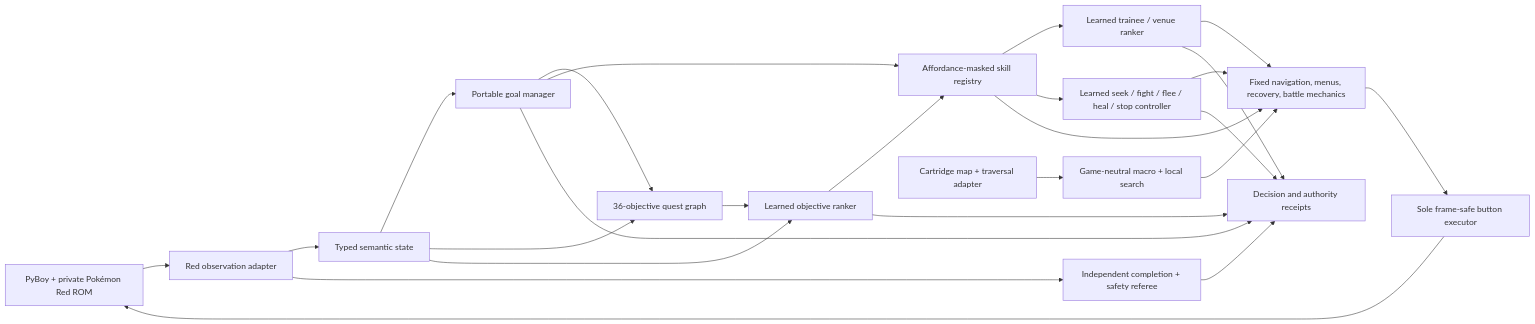
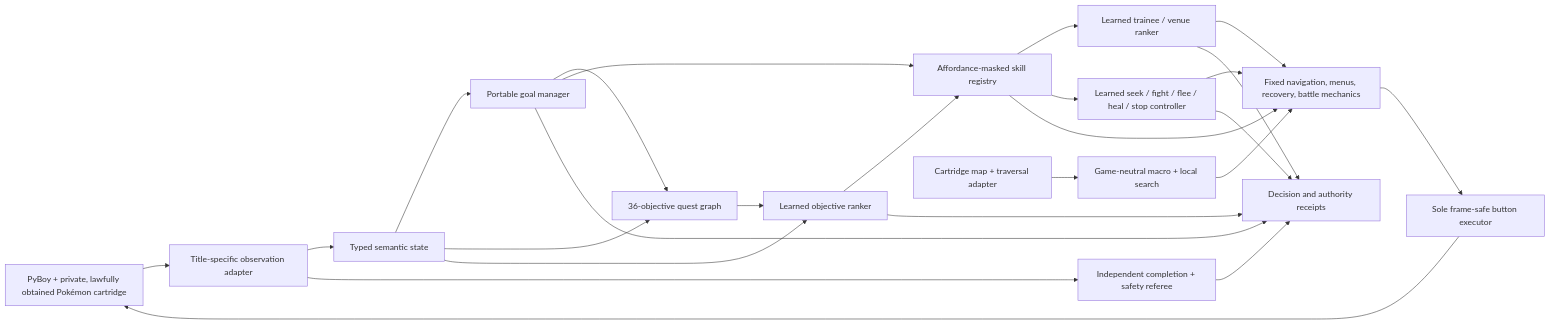
One commit to PeteAndrews1289/pokemon-red-completion-agent changed the first of 2 diagrams in docs/architecture.md. Above: the diagram before and after it, drawn with Mermaid. The commit also changed 38 other files, not shown here.

````diff
--- a/docs/architecture.md
+++ b/docs/architecture.md
@@ -14,29 +14,29 @@
 ```mermaid
 flowchart LR
-    Game["PyBoy + private Pokémon Red ROM"] --> Adapter["Red observation adapter"]
+    Game["PyBoy + private, lawfully obtained Pokémon cartridge"] --> Adapter["Title-specific observation adapter"]
     Adapter --> State["Typed semantic state"]
     State --> Manager["Portable goal manager"]
     Manager --> Graph
     Manager --> Skills
     State --> Graph["36-objective quest graph"]
     Graph --> Planner["Learned objective ranker"]
     State --> Planner
     Planner --> Skills["Affordance-masked skill registry"]
 
     Skills --> Strategy["Learned trainee / venue ranker"]
     Skills --> Control["Learned seek / fight / flee / heal / stop controller"]
     Skills --> Mechanics["Fixed navigation, menus, recovery, battle mechanics"]
     Cartridge["Cartridge map + traversal adapter"] --> Router["Game-neutral macro + local search"]
     Router --> Mechanics
     Strategy --> Mechanics
     Control --> Mechanics
     Mechanics --> Executor["Sole frame-safe button executor"]
     Executor --> Game
 
     Adapter --> Referee["Independent completion + safety referee"]
     Planner --> Evidence["Decision and authority receipts"]
     Manager --> Evidence
     Strategy --> Evidence
     Control --> Evidence
     Referee --> Evidence
 ```
````
